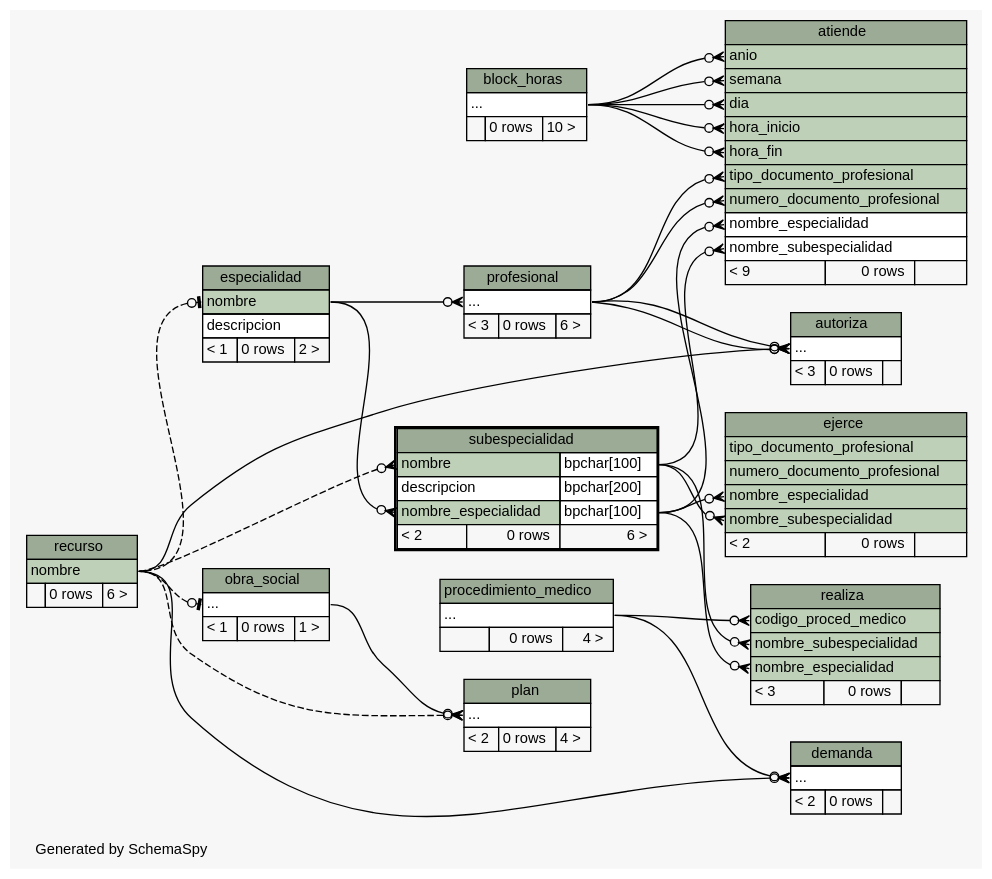
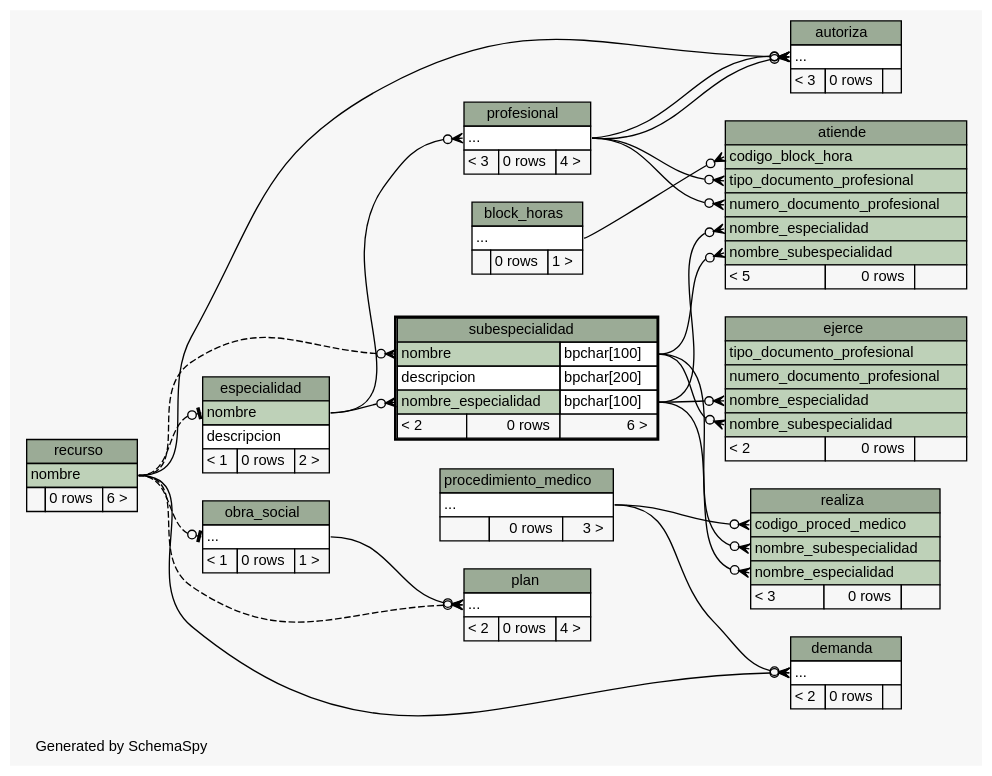
Before and after one commit to smpiano/bd-1cuat-2014-agenda-med: the diagram in tp1/build/schema/diagrams/subespecialidad.implied2degrees.dot, drawn with Graphviz. The commit also changed 138 other files, not shown here.

```diff
--- a/tp1/build/schema/diagrams/subespecialidad.implied2degrees.dot
+++ b/tp1/build/schema/diagrams/subespecialidad.implied2degrees.dot
@@ -1,194 +1,186 @@
 // dot 2.26.3 on Linux 3.8.0-35-generic
 // SchemaSpy rev 590
 digraph "impliedTwoDegreesRelationshipsDiagram" {
   graph [
     rankdir="RL"
     bgcolor="#f7f7f7"
     label="\nGenerated by SchemaSpy"
     labeljust="l"
     nodesep="0.18"
     ranksep="0.46"
     fontname="Helvetica"
     fontsize="11"
   ];
   node [
     fontname="Helvetica"
     fontsize="11"
     shape="plaintext"
   ];
   edge [
     arrowsize="0.8"
   ];
-  "atiende":"anio":w -> "block_horas":"elipses":e [arrowhead=none dir=back arrowtail=crowodot];
-  "atiende":"dia":w -> "block_horas":"elipses":e [arrowhead=none dir=back arrowtail=crowodot];
-  "atiende":"hora_fin":w -> "block_horas":"elipses":e [arrowhead=none dir=back arrowtail=crowodot];
-  "atiende":"hora_inicio":w -> "block_horas":"elipses":e [arrowhead=none dir=back arrowtail=crowodot];
+  "atiende":"codigo_block_hora":w -> "block_horas":"elipses":e [arrowhead=none dir=back arrowtail=crowodot];
   "atiende":"nombre_especialidad":w -> "subespecialidad":"nombre_especialidad.type":e [arrowhead=none dir=back arrowtail=crowodot];
   "atiende":"nombre_subespecialidad":w -> "subespecialidad":"nombre.type":e [arrowhead=none dir=back arrowtail=crowodot];
   "atiende":"numero_documento_profesional":w -> "profesional":"elipses":e [arrowhead=none dir=back arrowtail=crowodot];
-  "atiende":"semana":w -> "block_horas":"elipses":e [arrowhead=none dir=back arrowtail=crowodot];
   "atiende":"tipo_documento_profesional":w -> "profesional":"elipses":e [arrowhead=none dir=back arrowtail=crowodot];
   "autoriza":"elipses":w -> "recurso":"nombre":e [arrowhead=none dir=back arrowtail=crowodot];
   "autoriza":"elipses":w -> "profesional":"elipses":e [arrowhead=none dir=back arrowtail=crowodot];
   "autoriza":"elipses":w -> "profesional":"elipses":e [arrowhead=none dir=back arrowtail=crowodot];
   "demanda":"elipses":w -> "procedimiento_medico":"elipses":e [arrowhead=none dir=back arrowtail=crowodot];
   "demanda":"elipses":w -> "recurso":"nombre":e [arrowhead=none dir=back arrowtail=crowodot];
   "ejerce":"nombre_especialidad":w -> "subespecialidad":"nombre_especialidad.type":e [arrowhead=none dir=back arrowtail=crowodot];
   "ejerce":"nombre_subespecialidad":w -> "subespecialidad":"nombre.type":e [arrowhead=none dir=back arrowtail=crowodot];
   "especialidad":"nombre":w -> "recurso":"nombre":e [arrowhead=none dir=back arrowtail=teeodot style=dashed];
   "obra_social":"elipses":w -> "recurso":"nombre":e [arrowhead=none dir=back arrowtail=teeodot style=dashed];
   "plan":"elipses":w -> "recurso":"nombre":e [arrowhead=none dir=back arrowtail=crowodot style=dashed];
   "plan":"elipses":w -> "obra_social":"elipses":e [arrowhead=none dir=back arrowtail=crowodot];
   "profesional":"elipses":w -> "especialidad":"nombre":e [arrowhead=none dir=back arrowtail=crowodot];
   "realiza":"codigo_proced_medico":w -> "procedimiento_medico":"elipses":e [arrowhead=none dir=back arrowtail=crowodot];
   "realiza":"nombre_especialidad":w -> "subespecialidad":"nombre_especialidad.type":e [arrowhead=none dir=back arrowtail=crowodot];
   "realiza":"nombre_subespecialidad":w -> "subespecialidad":"nombre.type":e [arrowhead=none dir=back arrowtail=crowodot];
   "subespecialidad":"nombre":w -> "recurso":"nombre":e [arrowhead=none dir=back arrowtail=crowodot style=dashed];
   "subespecialidad":"nombre_especialidad":w -> "especialidad":"nombre":e [arrowhead=none dir=back arrowtail=crowodot];
   "atiende" [
     label=<
     <TABLE BORDER="0" CELLBORDER="1" CELLSPACING="0" BGCOLOR="#ffffff">
       <TR><TD COLSPAN="3" BGCOLOR="#9bab96" ALIGN="CENTER">atiende</TD></TR>
-      <TR><TD PORT="anio" COLSPAN="3" BGCOLOR="#bed1b8" ALIGN="LEFT">anio</TD></TR>
-      <TR><TD PORT="semana" COLSPAN="3" BGCOLOR="#bed1b8" ALIGN="LEFT">semana</TD></TR>
-      <TR><TD PORT="dia" COLSPAN="3" BGCOLOR="#bed1b8" ALIGN="LEFT">dia</TD></TR>
-      <TR><TD PORT="hora_inicio" COLSPAN="3" BGCOLOR="#bed1b8" ALIGN="LEFT">hora_inicio</TD></TR>
-      <TR><TD PORT="hora_fin" COLSPAN="3" BGCOLOR="#bed1b8" ALIGN="LEFT">hora_fin</TD></TR>
+      <TR><TD PORT="codigo_block_hora" COLSPAN="3" BGCOLOR="#bed1b8" ALIGN="LEFT">codigo_block_hora</TD></TR>
       <TR><TD PORT="tipo_documento_profesional" COLSPAN="3" BGCOLOR="#bed1b8" ALIGN="LEFT">tipo_documento_profesional</TD></TR>
       <TR><TD PORT="numero_documento_profesional" COLSPAN="3" BGCOLOR="#bed1b8" ALIGN="LEFT">numero_documento_profesional</TD></TR>
-      <TR><TD PORT="nombre_especialidad" COLSPAN="3" ALIGN="LEFT">nombre_especialidad</TD></TR>
-      <TR><TD PORT="nombre_subespecialidad" COLSPAN="3" ALIGN="LEFT">nombre_subespecialidad</TD></TR>
-      <TR><TD ALIGN="LEFT" BGCOLOR="#f7f7f7">&lt; 9</TD><TD ALIGN="RIGHT" BGCOLOR="#f7f7f7">0 rows</TD><TD ALIGN="RIGHT" BGCOLOR="#f7f7f7">  </TD></TR>
+      <TR><TD PORT="nombre_especialidad" COLSPAN="3" BGCOLOR="#bed1b8" ALIGN="LEFT">nombre_especialidad</TD></TR>
+      <TR><TD PORT="nombre_subespecialidad" COLSPAN="3" BGCOLOR="#bed1b8" ALIGN="LEFT">nombre_subespecialidad</TD></TR>
+      <TR><TD ALIGN="LEFT" BGCOLOR="#f7f7f7">&lt; 5</TD><TD ALIGN="RIGHT" BGCOLOR="#f7f7f7">0 rows</TD><TD ALIGN="RIGHT" BGCOLOR="#f7f7f7">  </TD></TR>
     </TABLE>>
     URL="atiende.html"
     tooltip="atiende"
   ];
   "autoriza" [
     label=<
     <TABLE BORDER="0" CELLBORDER="1" CELLSPACING="0" BGCOLOR="#ffffff">
       <TR><TD COLSPAN="3" BGCOLOR="#9bab96" ALIGN="CENTER">autoriza</TD></TR>
       <TR><TD PORT="elipses" COLSPAN="3" ALIGN="LEFT">...</TD></TR>
       <TR><TD ALIGN="LEFT" BGCOLOR="#f7f7f7">&lt; 3</TD><TD ALIGN="RIGHT" BGCOLOR="#f7f7f7">0 rows</TD><TD ALIGN="RIGHT" BGCOLOR="#f7f7f7">  </TD></TR>
     </TABLE>>
     URL="autoriza.html"
     tooltip="autoriza"
   ];
   "block_horas" [
     label=<
     <TABLE BORDER="0" CELLBORDER="1" CELLSPACING="0" BGCOLOR="#ffffff">
       <TR><TD COLSPAN="3" BGCOLOR="#9bab96" ALIGN="CENTER">block_horas</TD></TR>
       <TR><TD PORT="elipses" COLSPAN="3" ALIGN="LEFT">...</TD></TR>
-      <TR><TD ALIGN="LEFT" BGCOLOR="#f7f7f7">  </TD><TD ALIGN="RIGHT" BGCOLOR="#f7f7f7">0 rows</TD><TD ALIGN="RIGHT" BGCOLOR="#f7f7f7">10 &gt;</TD></TR>
+      <TR><TD ALIGN="LEFT" BGCOLOR="#f7f7f7">  </TD><TD ALIGN="RIGHT" BGCOLOR="#f7f7f7">0 rows</TD><TD ALIGN="RIGHT" BGCOLOR="#f7f7f7">1 &gt;</TD></TR>
     </TABLE>>
     URL="block_horas.html"
     tooltip="block_horas"
   ];
   "demanda" [
     label=<
     <TABLE BORDER="0" CELLBORDER="1" CELLSPACING="0" BGCOLOR="#ffffff">
       <TR><TD COLSPAN="3" BGCOLOR="#9bab96" ALIGN="CENTER">demanda</TD></TR>
       <TR><TD PORT="elipses" COLSPAN="3" ALIGN="LEFT">...</TD></TR>
       <TR><TD ALIGN="LEFT" BGCOLOR="#f7f7f7">&lt; 2</TD><TD ALIGN="RIGHT" BGCOLOR="#f7f7f7">0 rows</TD><TD ALIGN="RIGHT" BGCOLOR="#f7f7f7">  </TD></TR>
     </TABLE>>
     URL="demanda.html"
     tooltip="demanda"
   ];
   "ejerce" [
     label=<
     <TABLE BORDER="0" CELLBORDER="1" CELLSPACING="0" BGCOLOR="#ffffff">
       <TR><TD COLSPAN="3" BGCOLOR="#9bab96" ALIGN="CENTER">ejerce</TD></TR>
       <TR><TD PORT="tipo_documento_profesional" COLSPAN="3" BGCOLOR="#bed1b8" ALIGN="LEFT">tipo_documento_profesional</TD></TR>
       <TR><TD PORT="numero_documento_profesional" COLSPAN="3" BGCOLOR="#bed1b8" ALIGN="LEFT">numero_documento_profesional</TD></TR>
       <TR><TD PORT="nombre_especialidad" COLSPAN="3" BGCOLOR="#bed1b8" ALIGN="LEFT">nombre_especialidad</TD></TR>
       <TR><TD PORT="nombre_subespecialidad" COLSPAN="3" BGCOLOR="#bed1b8" ALIGN="LEFT">nombre_subespecialidad</TD></TR>
       <TR><TD ALIGN="LEFT" BGCOLOR="#f7f7f7">&lt; 2</TD><TD ALIGN="RIGHT" BGCOLOR="#f7f7f7">0 rows</TD><TD ALIGN="RIGHT" BGCOLOR="#f7f7f7">  </TD></TR>
     </TABLE>>
     URL="ejerce.html"
     tooltip="ejerce"
   ];
   "especialidad" [
     label=<
     <TABLE BORDER="0" CELLBORDER="1" CELLSPACING="0" BGCOLOR="#ffffff">
       <TR><TD COLSPAN="3" BGCOLOR="#9bab96" ALIGN="CENTER">especialidad</TD></TR>
       <TR><TD PORT="nombre" COLSPAN="3" BGCOLOR="#bed1b8" ALIGN="LEFT">nombre</TD></TR>
       <TR><TD PORT="descripcion" COLSPAN="3" ALIGN="LEFT">descripcion</TD></TR>
       <TR><TD ALIGN="LEFT" BGCOLOR="#f7f7f7">&lt; 1</TD><TD ALIGN="RIGHT" BGCOLOR="#f7f7f7">0 rows</TD><TD ALIGN="RIGHT" BGCOLOR="#f7f7f7">2 &gt;</TD></TR>
     </TABLE>>
     URL="especialidad.html"
     tooltip="especialidad"
   ];
   "obra_social" [
     label=<
     <TABLE BORDER="0" CELLBORDER="1" CELLSPACING="0" BGCOLOR="#ffffff">
       <TR><TD COLSPAN="3" BGCOLOR="#9bab96" ALIGN="CENTER">obra_social</TD></TR>
       <TR><TD PORT="elipses" COLSPAN="3" ALIGN="LEFT">...</TD></TR>
       <TR><TD ALIGN="LEFT" BGCOLOR="#f7f7f7">&lt; 1</TD><TD ALIGN="RIGHT" BGCOLOR="#f7f7f7">0 rows</TD><TD ALIGN="RIGHT" BGCOLOR="#f7f7f7">1 &gt;</TD></TR>
     </TABLE>>
     URL="obra_social.html"
     tooltip="obra_social"
   ];
   "plan" [
     label=<
     <TABLE BORDER="0" CELLBORDER="1" CELLSPACING="0" BGCOLOR="#ffffff">
       <TR><TD COLSPAN="3" BGCOLOR="#9bab96" ALIGN="CENTER">plan</TD></TR>
       <TR><TD PORT="elipses" COLSPAN="3" ALIGN="LEFT">...</TD></TR>
       <TR><TD ALIGN="LEFT" BGCOLOR="#f7f7f7">&lt; 2</TD><TD ALIGN="RIGHT" BGCOLOR="#f7f7f7">0 rows</TD><TD ALIGN="RIGHT" BGCOLOR="#f7f7f7">4 &gt;</TD></TR>
     </TABLE>>
     URL="plan.html"
     tooltip="plan"
   ];
   "procedimiento_medico" [
     label=<
     <TABLE BORDER="0" CELLBORDER="1" CELLSPACING="0" BGCOLOR="#ffffff">
       <TR><TD COLSPAN="3" BGCOLOR="#9bab96" ALIGN="CENTER">procedimiento_medico</TD></TR>
       <TR><TD PORT="elipses" COLSPAN="3" ALIGN="LEFT">...</TD></TR>
-      <TR><TD ALIGN="LEFT" BGCOLOR="#f7f7f7">  </TD><TD ALIGN="RIGHT" BGCOLOR="#f7f7f7">0 rows</TD><TD ALIGN="RIGHT" BGCOLOR="#f7f7f7">4 &gt;</TD></TR>
+      <TR><TD ALIGN="LEFT" BGCOLOR="#f7f7f7">  </TD><TD ALIGN="RIGHT" BGCOLOR="#f7f7f7">0 rows</TD><TD ALIGN="RIGHT" BGCOLOR="#f7f7f7">3 &gt;</TD></TR>
     </TABLE>>
     URL="procedimiento_medico.html"
     tooltip="procedimiento_medico"
   ];
   "profesional" [
     label=<
     <TABLE BORDER="0" CELLBORDER="1" CELLSPACING="0" BGCOLOR="#ffffff">
       <TR><TD COLSPAN="3" BGCOLOR="#9bab96" ALIGN="CENTER">profesional</TD></TR>
       <TR><TD PORT="elipses" COLSPAN="3" ALIGN="LEFT">...</TD></TR>
-      <TR><TD ALIGN="LEFT" BGCOLOR="#f7f7f7">&lt; 3</TD><TD ALIGN="RIGHT" BGCOLOR="#f7f7f7">0 rows</TD><TD ALIGN="RIGHT" BGCOLOR="#f7f7f7">6 &gt;</TD></TR>
+      <TR><TD ALIGN="LEFT" BGCOLOR="#f7f7f7">&lt; 3</TD><TD ALIGN="RIGHT" BGCOLOR="#f7f7f7">0 rows</TD><TD ALIGN="RIGHT" BGCOLOR="#f7f7f7">4 &gt;</TD></TR>
     </TABLE>>
     URL="profesional.html"
     tooltip="profesional"
   ];
   "realiza" [
     label=<
     <TABLE BORDER="0" CELLBORDER="1" CELLSPACING="0" BGCOLOR="#ffffff">
       <TR><TD COLSPAN="3" BGCOLOR="#9bab96" ALIGN="CENTER">realiza</TD></TR>
       <TR><TD PORT="codigo_proced_medico" COLSPAN="3" BGCOLOR="#bed1b8" ALIGN="LEFT">codigo_proced_medico</TD></TR>
       <TR><TD PORT="nombre_subespecialidad" COLSPAN="3" BGCOLOR="#bed1b8" ALIGN="LEFT">nombre_subespecialidad</TD></TR>
       <TR><TD PORT="nombre_especialidad" COLSPAN="3" BGCOLOR="#bed1b8" ALIGN="LEFT">nombre_especialidad</TD></TR>
       <TR><TD ALIGN="LEFT" BGCOLOR="#f7f7f7">&lt; 3</TD><TD ALIGN="RIGHT" BGCOLOR="#f7f7f7">0 rows</TD><TD ALIGN="RIGHT" BGCOLOR="#f7f7f7">  </TD></TR>
     </TABLE>>
     URL="realiza.html"
     tooltip="realiza"
   ];
   "recurso" [
     label=<
     <TABLE BORDER="0" CELLBORDER="1" CELLSPACING="0" BGCOLOR="#ffffff">
       <TR><TD COLSPAN="3" BGCOLOR="#9bab96" ALIGN="CENTER">recurso</TD></TR>
       <TR><TD PORT="nombre" COLSPAN="3" BGCOLOR="#bed1b8" ALIGN="LEFT">nombre</TD></TR>
       <TR><TD ALIGN="LEFT" BGCOLOR="#f7f7f7">  </TD><TD ALIGN="RIGHT" BGCOLOR="#f7f7f7">0 rows</TD><TD ALIGN="RIGHT" BGCOLOR="#f7f7f7">6 &gt;</TD></TR>
     </TABLE>>
     URL="recurso.html"
     tooltip="recurso"
   ];
   "subespecialidad" [
     label=<
     <TABLE BORDER="2" CELLBORDER="1" CELLSPACING="0" BGCOLOR="#ffffff">
       <TR><TD COLSPAN="3" BGCOLOR="#9bab96" ALIGN="CENTER">subespecialidad</TD></TR>
       <TR><TD PORT="nombre" COLSPAN="2" BGCOLOR="#bed1b8" ALIGN="LEFT">nombre</TD><TD PORT="nombre.type" ALIGN="LEFT">bpchar[100]</TD></TR>
       <TR><TD PORT="descripcion" COLSPAN="2" ALIGN="LEFT">descripcion</TD><TD PORT="descripcion.type" ALIGN="LEFT">bpchar[200]</TD></TR>
       <TR><TD PORT="nombre_especialidad" COLSPAN="2" BGCOLOR="#bed1b8" ALIGN="LEFT">nombre_especialidad</TD><TD PORT="nombre_especialidad.type" ALIGN="LEFT">bpchar[100]</TD></TR>
       <TR><TD ALIGN="LEFT" BGCOLOR="#f7f7f7">&lt; 2</TD><TD ALIGN="RIGHT" BGCOLOR="#f7f7f7">0 rows</TD><TD ALIGN="RIGHT" BGCOLOR="#f7f7f7">6 &gt;</TD></TR>
     </TABLE>>
     URL="subespecialidad.html"
     tooltip="subespecialidad"
   ];
 }
```
